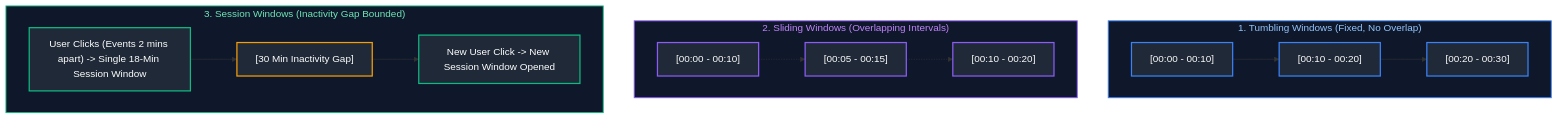
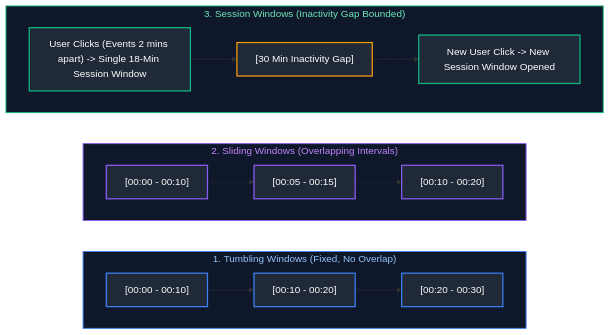
One commit to joydeep-biswas/Interview-Preparation changed diagram 11 of 13 in Data Engineering/11_streaming_and_kafka_event_streaming.md. Above: the diagram before and after it, drawn with Mermaid. The commit also changed other lines of this file and 76 other files, not shown here.

Commit message:
Updated Charts

````diff
--- a/Data Engineering/11_streaming_and_kafka_event_streaming.md
+++ b/Data Engineering/11_streaming_and_kafka_event_streaming.md
@@ -903,34 +907,37 @@
 ```mermaid
-flowchart TD
+flowchart LR
     subgraph Tumbling ["1. Tumbling Windows (Fixed, No Overlap)"]
+        direction LR
         T1["[00:00 - 00:10]"] --> T2["[00:10 - 00:20]"] --> T3["[00:20 - 00:30]"]
     end
 
     subgraph Sliding ["2. Sliding Windows (Overlapping Intervals)"]
+        direction LR
         S1["[00:00 - 00:10]"]
         S2["   [00:05 - 00:15]"]
         S3["      [00:10 - 00:20]"]
         S1 -.-> S2 -.-> S3
     end
 
     subgraph Session ["3. Session Windows (Inactivity Gap Bounded)"]
+        direction LR
         U1["User Clicks (Events 2 mins apart) -> Single 18-Min Session Window"]
         Gap["[30 Min Inactivity Gap]"]
         U2["New User Click -> New Session Window Opened"]
         U1 --> Gap --> U2
     end
 
     style Tumbling fill:#0f172a,stroke:#3b82f6,stroke-width:1.5px,color:#93c5fd
     style Sliding fill:#0f172a,stroke:#8b5cf6,stroke-width:1.5px,color:#c084fc
     style Session fill:#0f172a,stroke:#10b981,stroke-width:1.5px,color:#6ee7b7
 
     style T1 fill:#1f2937,stroke:#3b82f6,stroke-width:2px,color:#fff
     style T2 fill:#1f2937,stroke:#3b82f6,stroke-width:2px,color:#fff
     style T3 fill:#1f2937,stroke:#3b82f6,stroke-width:2px,color:#fff
     style S1 fill:#1f2937,stroke:#8b5cf6,stroke-width:2px,color:#fff
     style S2 fill:#1f2937,stroke:#8b5cf6,stroke-width:2px,color:#fff
     style S3 fill:#1f2937,stroke:#8b5cf6,stroke-width:2px,color:#fff
     style U1 fill:#1f2937,stroke:#10b981,stroke-width:2px,color:#fff
     style Gap fill:#1f2937,stroke:#f59e0b,stroke-width:2px,color:#fff
     style U2 fill:#1f2937,stroke:#10b981,stroke-width:2px,color:#fff
 ```
````
